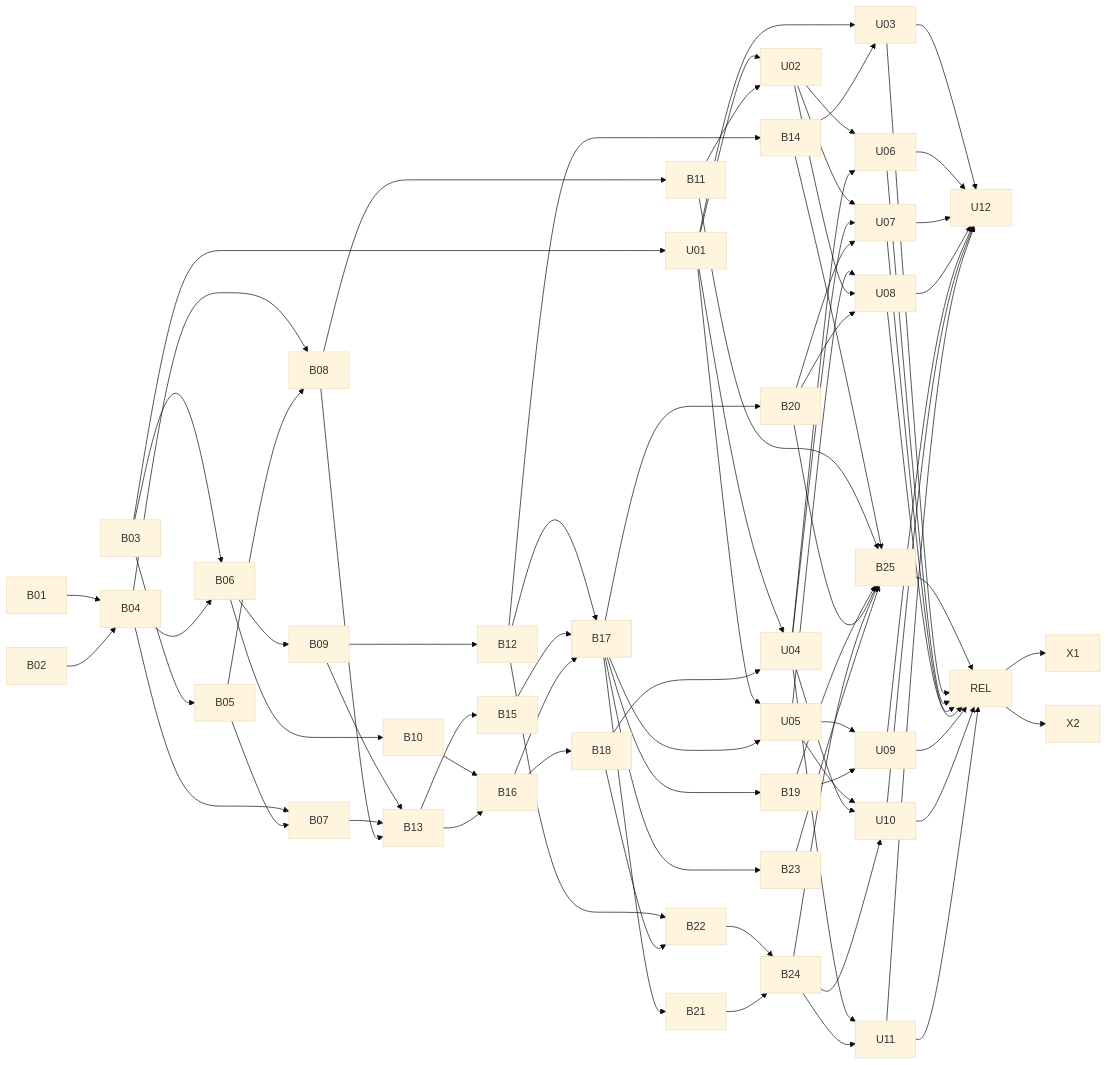
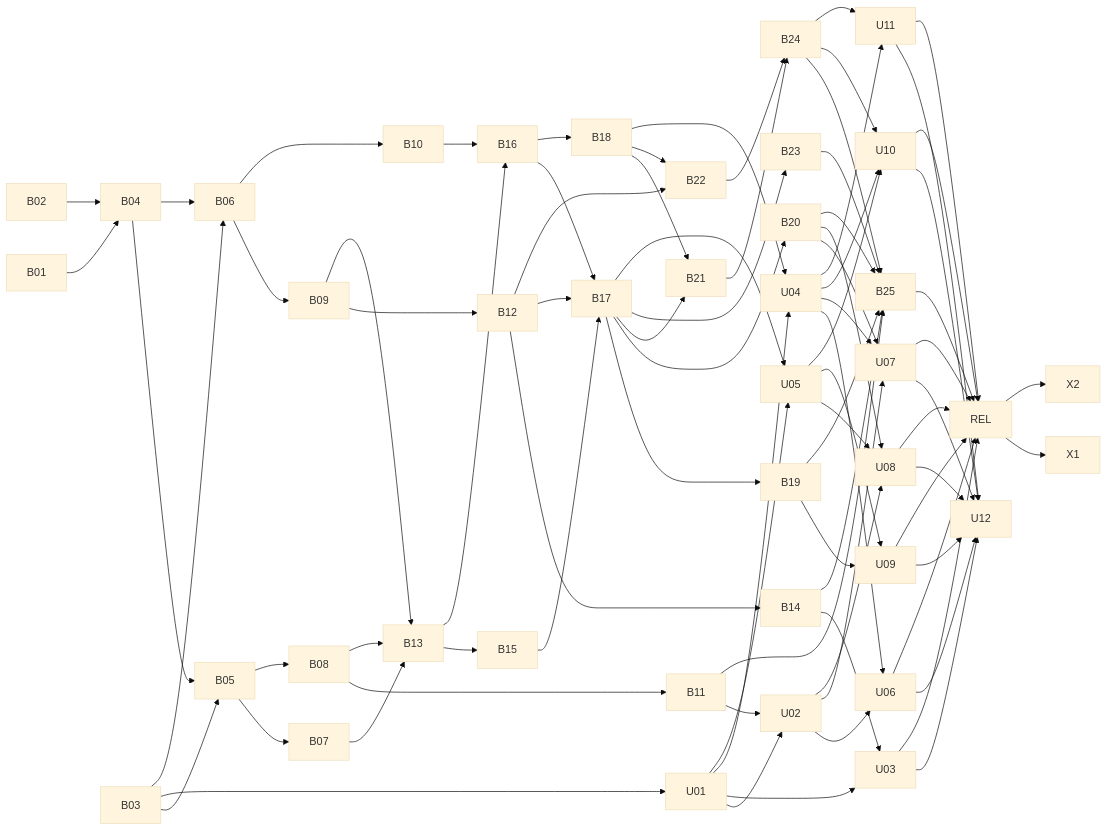
Before and after one commit to HIRO15254/sapphire2: the second of 2 diagrams in docs/design/data-model-v2.md, drawn with Mermaid (base theme). The commit also changed other lines of this file and 4 other files, not shown here.

````diff
--- a/docs/design/data-model-v2.md
+++ b/docs/design/data-model-v2.md
@@ -1257,82 +1258,82 @@
 ```mermaid
 flowchart LR
 B01 --> B04
 B02 --> B04
 B03 --> B05
 B03 --> U01
 B03 --> B06
+B04 --> B05
 B04 --> B06
-B04 --> B07
 B05 --> B07
-B04 --> B08
 B05 --> B08
 B06 --> B09
 B06 --> B10
 B08 --> B11
 B09 --> B12
 B09 --> B13
 B07 --> B13
 B08 --> B13
 U01 --> U02
 B11 --> U02
 B12 --> B14
 B13 --> B15
 B10 --> B16
 B13 --> B16
 B12 --> B17
 B15 --> B17
 B16 --> B17
 B16 --> B18
 U01 --> U03
 B14 --> U03
 B17 --> B19
 B17 --> B20
 B17 --> B21
+B18 --> B21
 B12 --> B22
 B18 --> B22
 B17 --> B23
 U01 --> U04
 B18 --> U04
 U01 --> U05
 B17 --> U05
 B22 --> B24
 B21 --> B24
 U02 --> U06
 U04 --> U06
 U02 --> U07
 U04 --> U07
 B20 --> U07
 U05 --> U08
 U02 --> U08
 B20 --> U08
 U05 --> U09
 B19 --> U09
 B14 --> B25
 B11 --> B25
 B19 --> B25
 B20 --> B25
 B24 --> B25
 B23 --> B25
 U05 --> U10
 U04 --> U10
 B24 --> U10
 U04 --> U11
 B24 --> U11
 U03 --> U12
 U06 --> U12
 U07 --> U12
 U08 --> U12
 U09 --> U12
 U10 --> U12
 U11 --> U12
 B25 --> REL
 U03 --> REL
 U06 --> REL
 U07 --> REL
 U08 --> REL
 U09 --> REL
 U10 --> REL
 U11 --> REL
 REL --> X1
 REL --> X2
 ```
````
